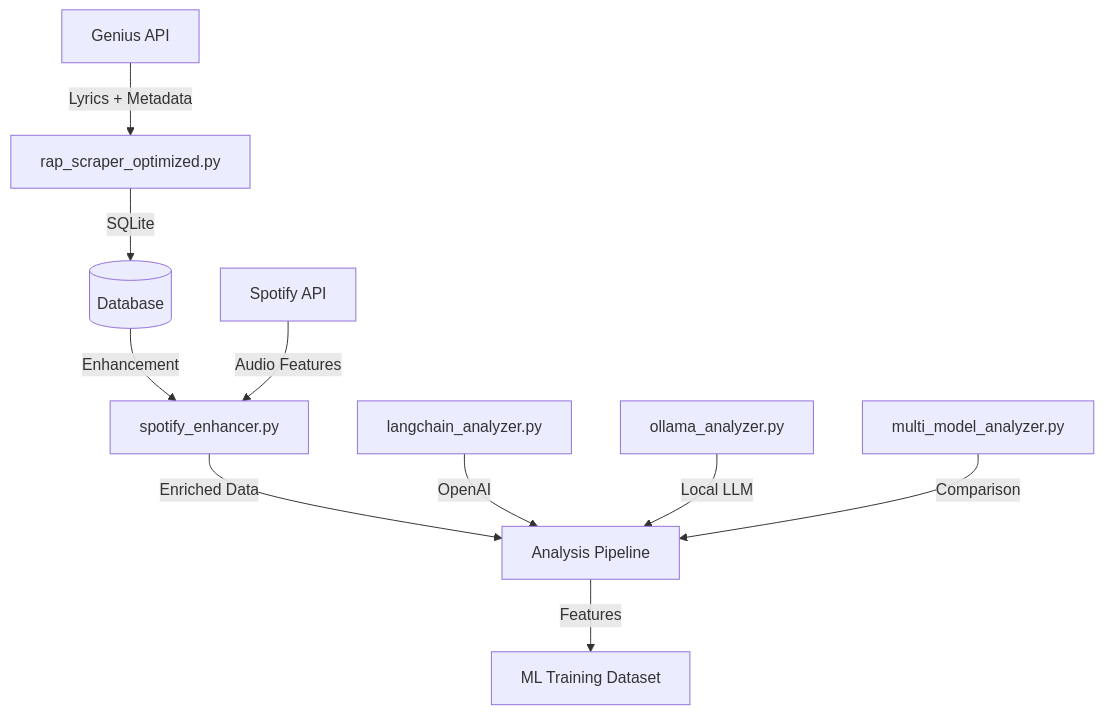
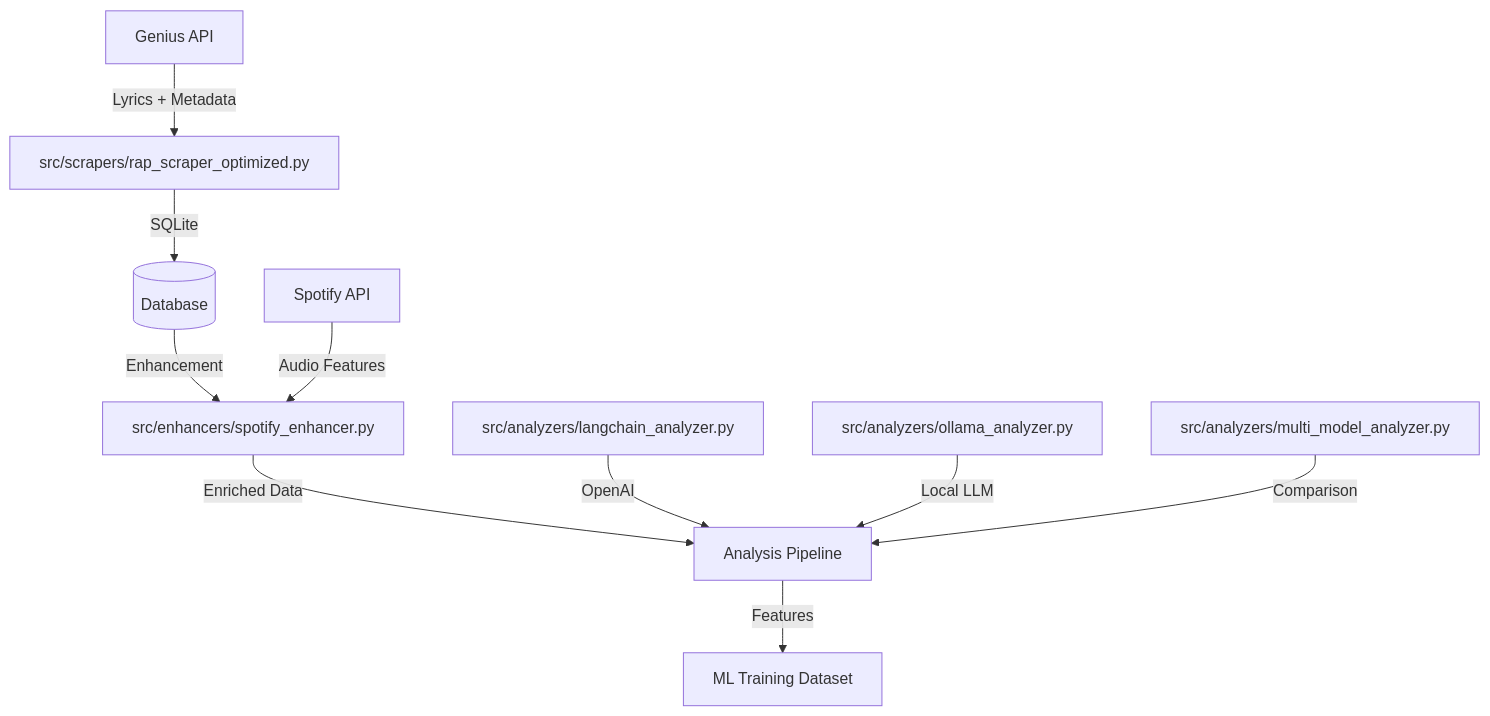
The diagram in docs/claude.md (Vastargazing/rap-scraper-project), drawn with Mermaid before and after one commit. The commit also changed other lines of this file, not shown here.

````diff
--- a/docs/claude.md
+++ b/docs/claude.md
@@ -77,13 +76,13 @@
 ```mermaid
 graph TD
-    A[Genius API] -->|Lyrics + Metadata| B[rap_scraper_optimized.py]
+    A[Genius API] -->|Lyrics + Metadata| B[src/scrapers/rap_scraper_optimized.py]
     B -->|SQLite| C[(Database)]
-    C -->|Enhancement| D[spotify_enhancer.py]
+    C -->|Enhancement| D[src/enhancers/spotify_enhancer.py]
     E[Spotify API] -->|Audio Features| D
     D -->|Enriched Data| F[Analysis Pipeline]
     F -->|Features| G[ML Training Dataset]
-    
-    H[langchain_analyzer.py] -->|OpenAI| F
-    I[ollama_analyzer.py] -->|Local LLM| F
-    J[multi_model_analyzer.py] -->|Comparison| F
+
+    H[src/analyzers/langchain_analyzer.py] -->|OpenAI| F
+    I[src/analyzers/ollama_analyzer.py] -->|Local LLM| F
+    J[src/analyzers/multi_model_analyzer.py] -->|Comparison| F
 ```
````
